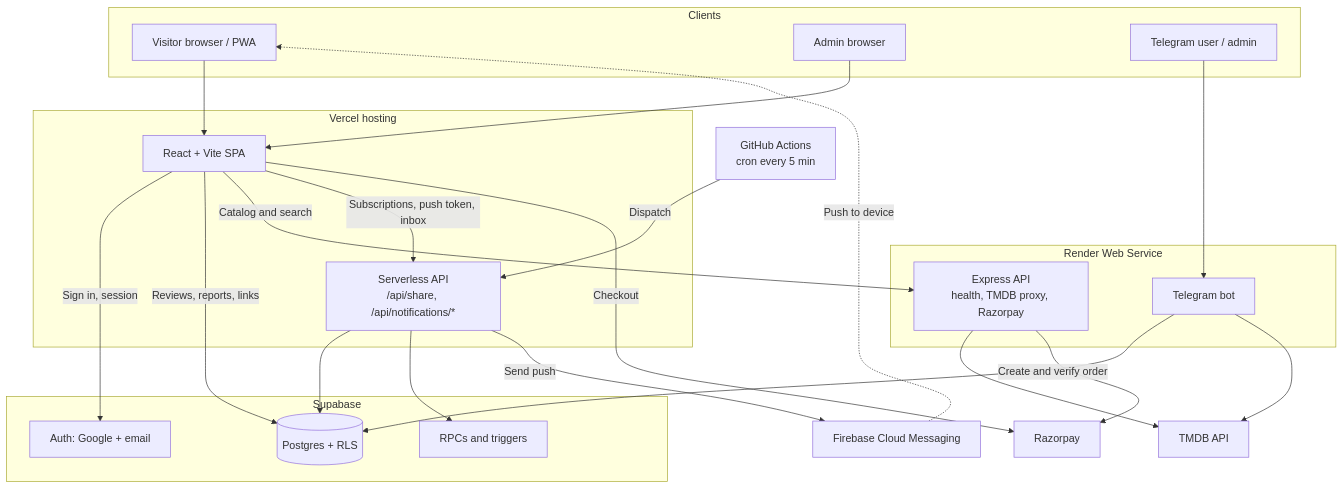
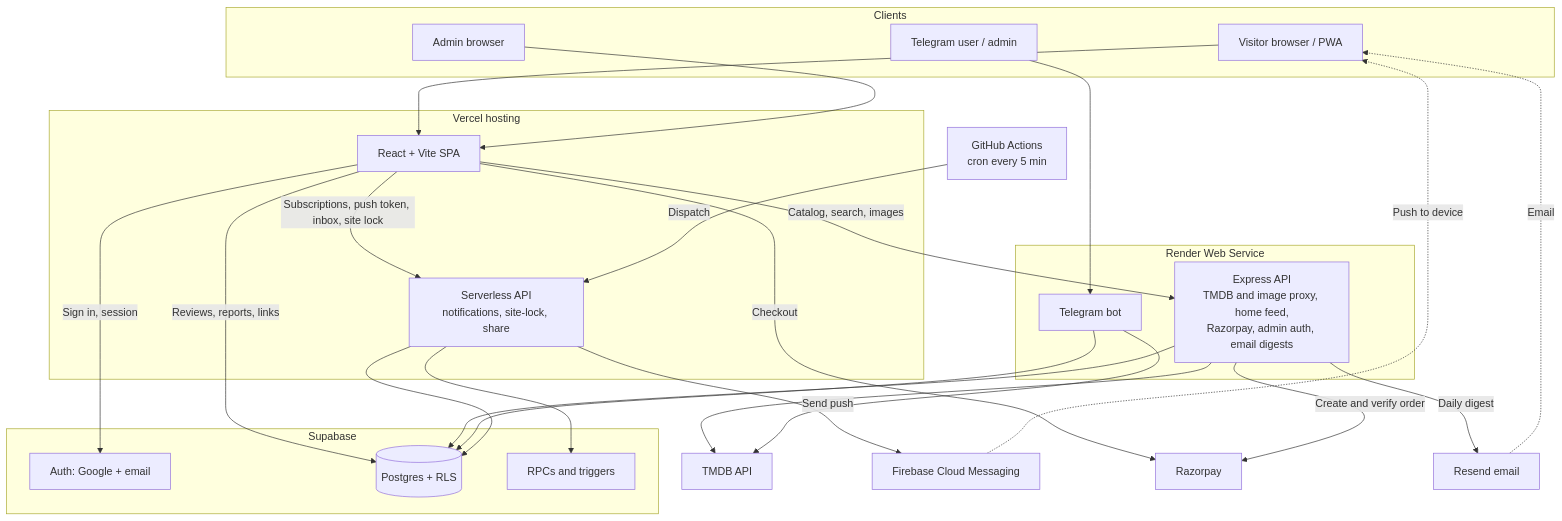
One commit to akramiyi/movieverify changed the first of 3 diagrams in README.md. Above: the diagram before and after it, drawn with Mermaid. The commit also changed other lines of this file, not shown here.

First line of the commit message:
Revise README for notifications and project details

````diff
--- a/README.md
+++ b/README.md
@@ -119,47 +128,51 @@
 ```mermaid
 flowchart TB
     subgraph Clients["Clients"]
         V["Visitor browser / PWA"]
         A["Admin browser"]
         T["Telegram user / admin"]
     end
 
     subgraph Vercel["Vercel hosting"]
         SPA["React + Vite SPA"]
-        API["Serverless API<br/>/api/share, /api/notifications/*"]
+        API["Serverless API<br/>notifications, site-lock, share"]
     end
 
     subgraph Render["Render Web Service"]
-        EXP["Express API<br/>health, TMDB proxy, Razorpay"]
+        EXP["Express API<br/>TMDB and image proxy, home feed,<br/>Razorpay, admin auth, email digests"]
         BOT["Telegram bot"]
     end
 
     subgraph SB["Supabase"]
         AUTH["Auth: Google + email"]
         DB[("Postgres + RLS")]
         RPC["RPCs and triggers"]
     end
 
     TMDB["TMDB API"]
     FCM["Firebase Cloud Messaging"]
     RZP["Razorpay"]
+    RES["Resend email"]
     GHA["GitHub Actions<br/>cron every 5 min"]
 
     V --> SPA
     A --> SPA
     SPA -- "Sign in, session" --> AUTH
     SPA -- "Reviews, reports, links" --> DB
-    SPA -- "Catalog and search" --> EXP
-    SPA -- "Subscriptions, push token, inbox" --> API
+    SPA -- "Catalog, search, images" --> EXP
+    SPA -- "Subscriptions, push token, inbox, site lock" --> API
     SPA -- "Checkout" --> RZP
     EXP --> TMDB
+    EXP --> DB
     EXP -- "Create and verify order" --> RZP
+    EXP -- "Daily digest" --> RES
+    RES -. "Email" .-> V
     T --> BOT
     BOT --> DB
     BOT --> TMDB
     API --> DB
     API --> RPC
     API -- "Send push" --> FCM
     FCM -. "Push to device" .-> V
     GHA -- "Dispatch" --> API
 ```
````
